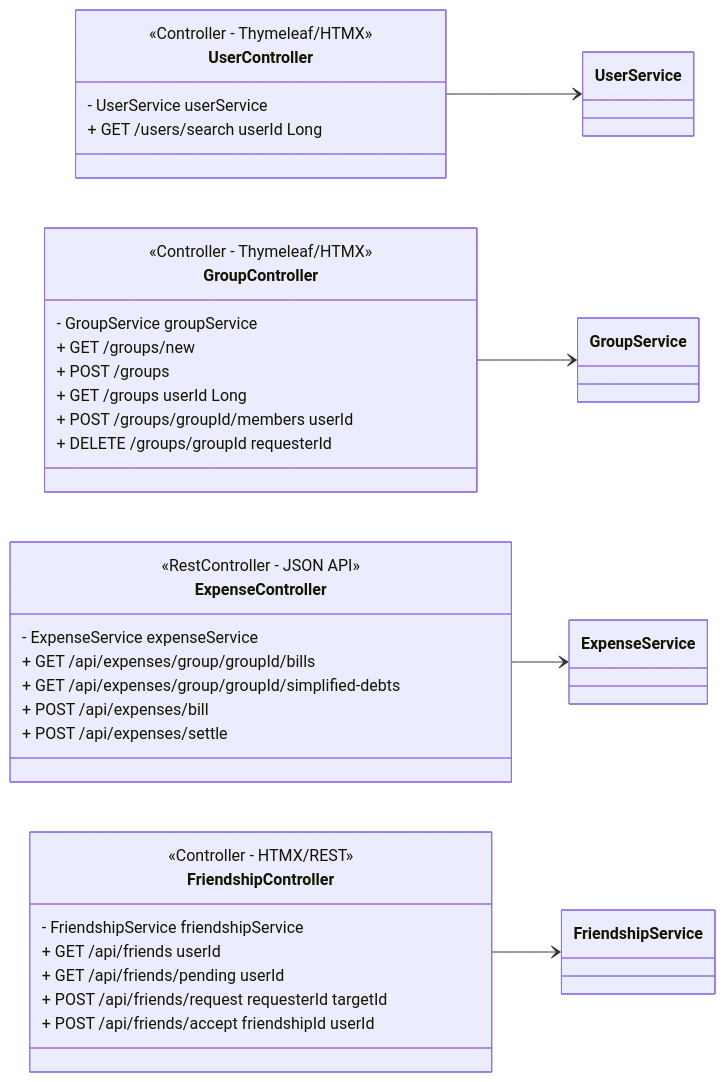
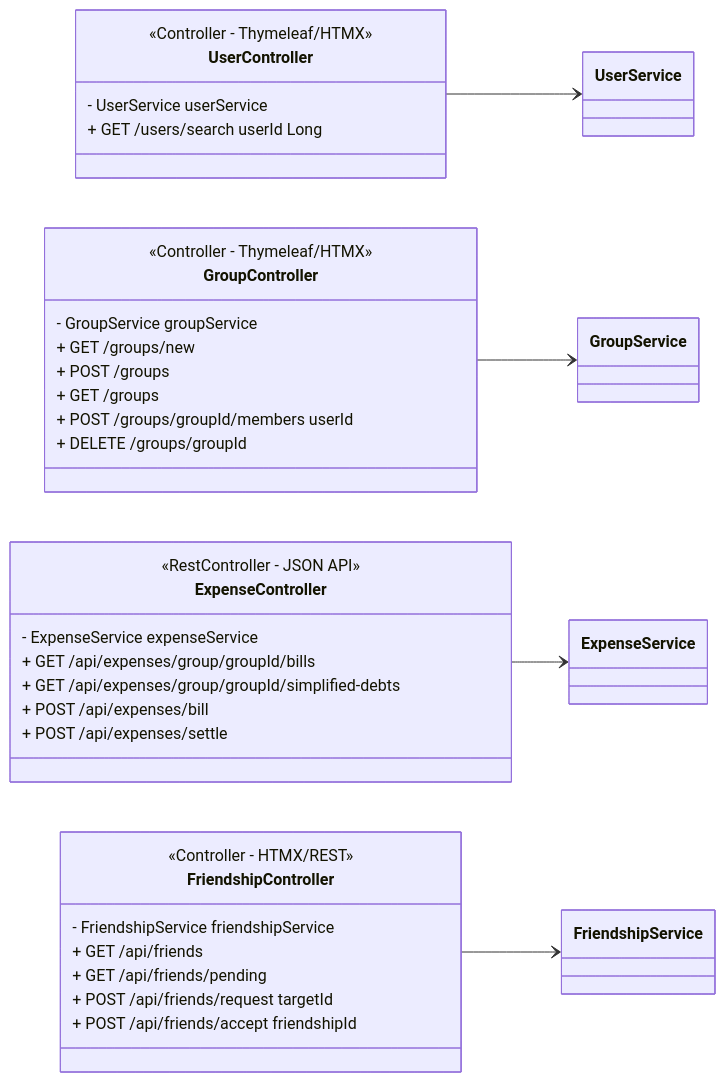
The fourth of 5 diagrams in CLASSDIAGRAM.md (emberfox205/teilr), drawn with Mermaid before and after one commit. The commit also changed other lines of this file and 1 other file, not shown here.

Commit message:
critical: DB Simulation before settle up

````diff
--- a/CLASSDIAGRAM.md
+++ b/CLASSDIAGRAM.md
@@ -239,43 +239,43 @@
 ```mermaid
 classDiagram
     direction LR
 
     class UserController {
         <<Controller - Thymeleaf/HTMX>>
         - UserService userService
         + GET /users/search userId Long
     }
 
     class GroupController {
         <<Controller - Thymeleaf/HTMX>>
         - GroupService groupService
         + GET /groups/new
         + POST /groups
-        + GET /groups userId Long
+        + GET /groups
         + POST /groups/groupId/members userId
-        + DELETE /groups/groupId requesterId
+        + DELETE /groups/groupId
     }
 
     class ExpenseController {
         <<RestController - JSON API>>
         - ExpenseService expenseService
         + GET /api/expenses/group/groupId/bills
         + GET /api/expenses/group/groupId/simplified-debts
         + POST /api/expenses/bill
         + POST /api/expenses/settle
     }
 
     class FriendshipController {
         <<Controller - HTMX/REST>>
         - FriendshipService friendshipService
-        + GET /api/friends userId
-        + GET /api/friends/pending userId
-        + POST /api/friends/request requesterId targetId
-        + POST /api/friends/accept friendshipId userId
+        + GET /api/friends
+        + GET /api/friends/pending
+        + POST /api/friends/request targetId
+        + POST /api/friends/accept friendshipId
     }
 
     UserController --> UserService
     GroupController --> GroupService
     ExpenseController --> ExpenseService
     FriendshipController --> FriendshipService
 ```
````
